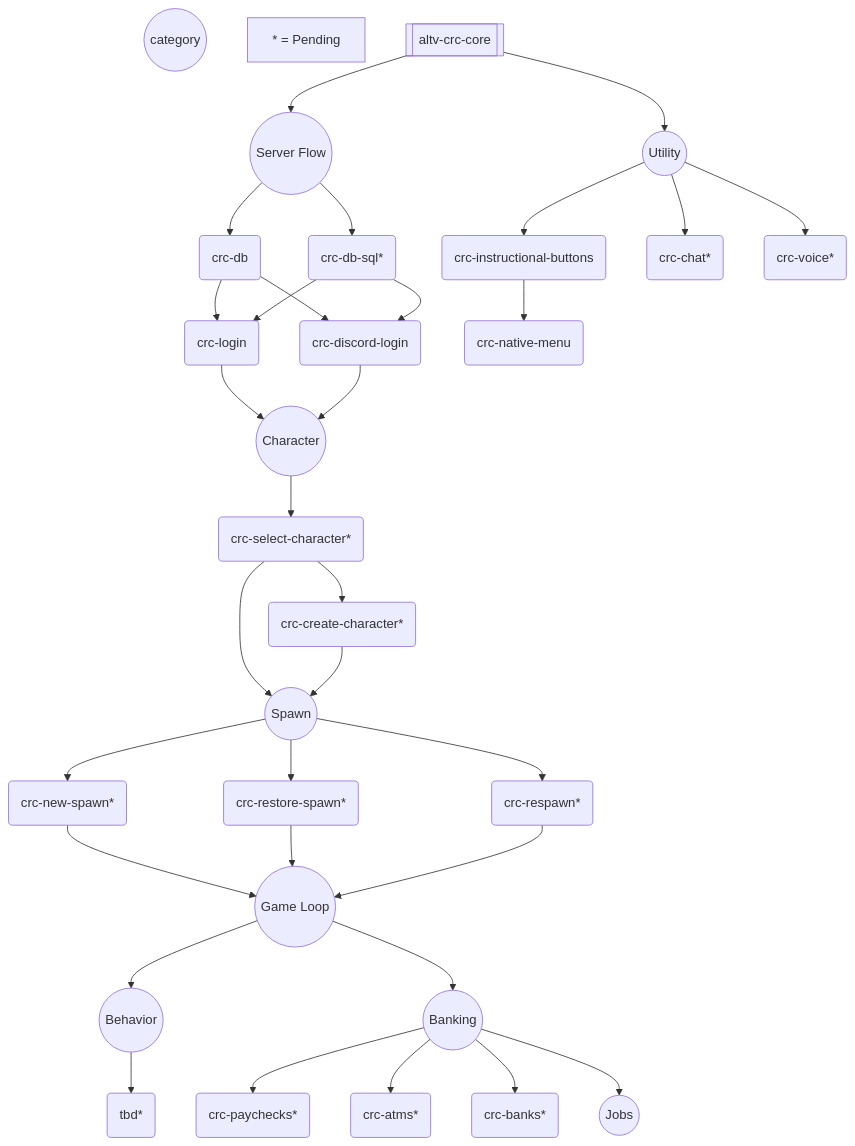
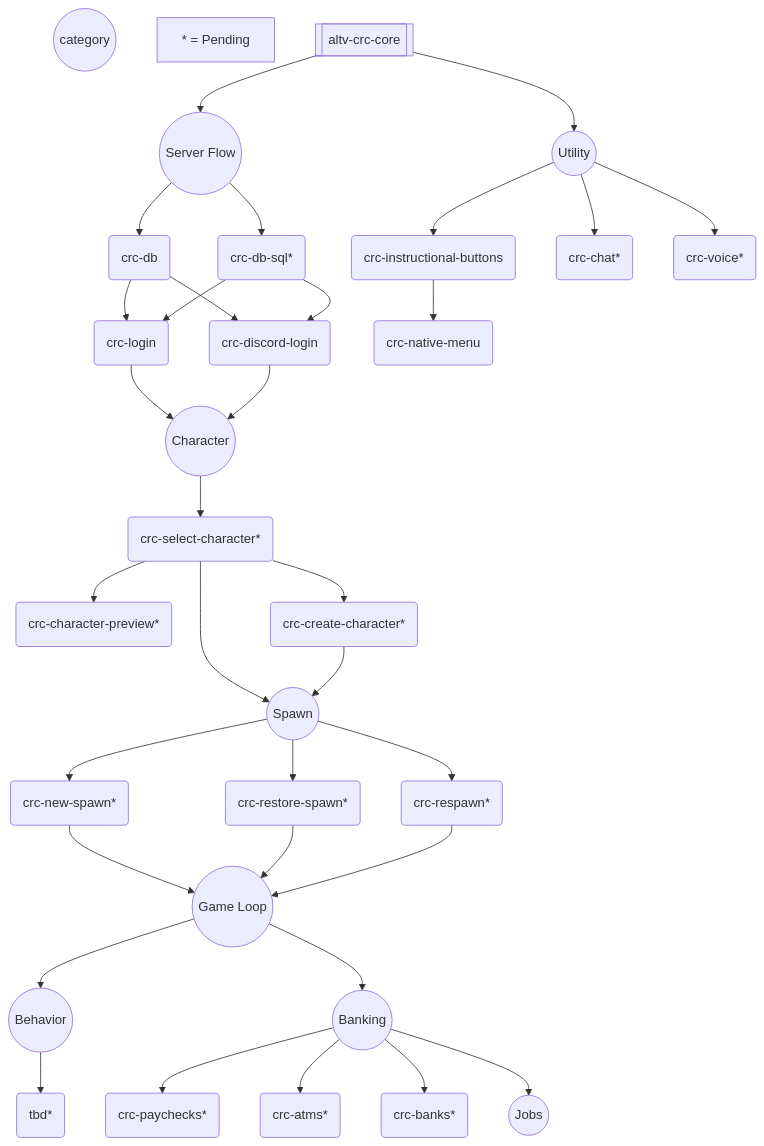
The diagram in profile/README.md (altv-crc/.github), drawn with Mermaid before and after one commit.

````diff
--- a/profile/README.md
+++ b/profile/README.md
@@ -39,74 +39,75 @@
 ```mermaid
 graph TD
     category((category))
     not_created[* = Pending]
 
     %% Initial Category
     altv_crc_core[[altv-crc-core]]
     altv_crc_core --> cat_core
     altv_crc_core --> cat_utility
 
     %% Core
     cat_core((Server Flow))
     cat_core --> crc_db
     cat_core --> crc_db_sql
 
     %% Database
     crc_db(crc-db)
     crc_db --> crc_login
     crc_db --> crc_discord_login
     crc_db_sql(crc-db-sql*)
     crc_db_sql --> crc_login
     crc_db_sql --> crc_discord_login
 
     %% Authentication
     crc_login(crc-login)
     crc_discord_login(crc-discord-login)
     crc_login --> cat_character
     crc_discord_login --> cat_character
 
     %% Character
     cat_character((Character))
     cat_character --> crc_char_select(crc-select-character*)
+    crc_char_select --> crc_char_preview(crc-character-preview*)
     crc_char_select --> crc_char_create(crc-create-character*)
     crc_char_select --> cat_spawn
     crc_char_create --> cat_spawn
 
     %% Spawn
     cat_spawn((Spawn))
     cat_spawn --> crc_new_spawn(crc-new-spawn*)
     cat_spawn --> crc_restore_spawn(crc-restore-spawn*)
     cat_spawn --> crc_respawn(crc-respawn*)
     crc_new_spawn --> cat_game_loop
     crc_restore_spawn --> cat_game_loop
     crc_respawn --> cat_game_loop
 
     %% Game Loop
     cat_game_loop((Game Loop))
     cat_game_loop --> cat_behavior
     cat_game_loop --> cat_banking
    
     %% Behavior
     cat_behavior((Behavior))
     cat_behavior --> tbd(tbd*)
 
     %% Banking
     cat_banking((Banking))
     cat_banking --> crc_paychecks(crc-paychecks*)
     cat_banking --> crc_atm(crc-atms*)
     cat_banking --> crc_banks(crc-banks*)
     cat_banking --> cat_jobs
 
     %% Jobs
     cat_jobs((Jobs))
 
     %% Utility
     cat_utility((Utility))
 
     cat_utility --> crc_instructional_buttons(crc-instructional-buttons)
     crc_instructional_buttons --> crc_native_menu(crc-native-menu)
 
     cat_utility --> crc_chat(crc-chat*)
 
     cat_utility --> crc_voice(crc-voice*)
 ```
````
